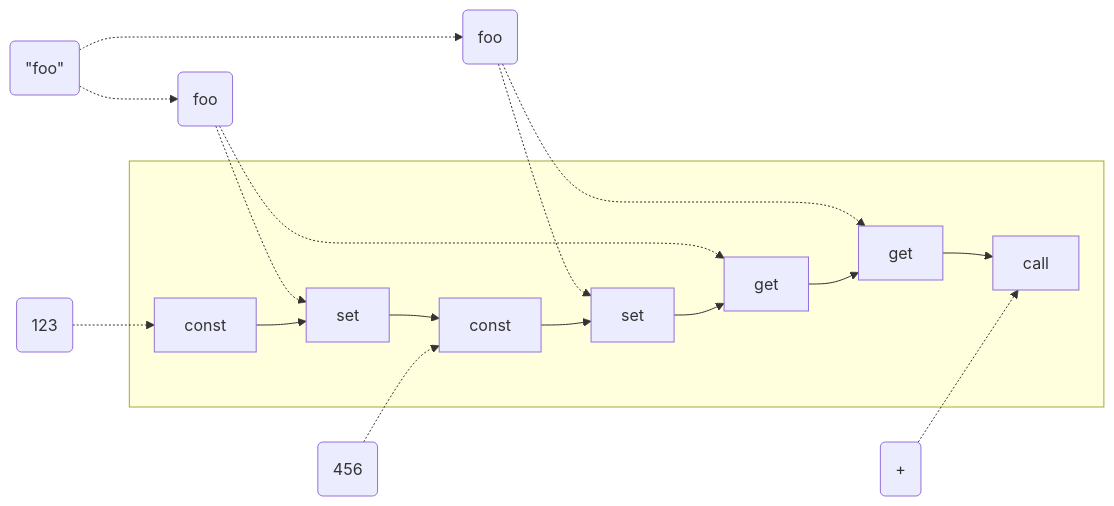
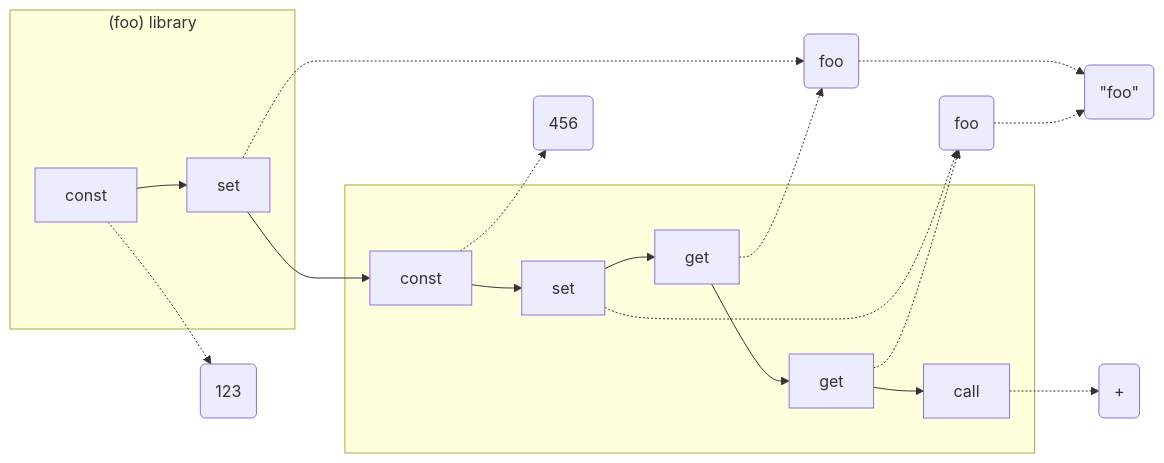
One commit to raviqqe/doc changed the diagram in slides/papers/stak-scheme/library-system.mmd. Above: the diagram before and after it, drawn with Mermaid. The commit also changed 8 other files, not shown here.

```diff
--- a/slides/papers/stak-scheme/library-system.mmd
+++ b/slides/papers/stak-scheme/library-system.mmd
@@ -1,17 +1,22 @@
 flowchart LR
-  d2(#quot;foo#quot;) -.-> d3
-  d2 -.-> d4
-  d3(foo) -.-> c1
-  d3 -.-> c4
-  d4(foo) -.-> c3
-  d4 -.-> c5
+  c1 -.-> d3(foo)
+  c4 -.-> d3
+  c3 -.-> d4(foo)
+  c5 -.-> d4
+  d3 -.-> d2(#quot;foo#quot;)
+  d4 -.-> d2
 
-  subgraph s[ ]
-    c0[const] --> c1[set] --> c2
+  subgraph s0["(foo) library"]
+    c0[const] --> c1[set]
+  end
+
+  c1 --> c2
+
+  subgraph s1[ ]
     c2[const] --> c3[set] --> c4
     c4[get] --> c5[get] --> c6[call]
   end
 
-  d0(123) -.-> c0
-  d1(456) -.-> c2
-  d5(+) -.-> c6
+  c0 -.-> d0(123)
+  c2 -.-> d1(456)
+  c6 -.-> d5(+)
```
